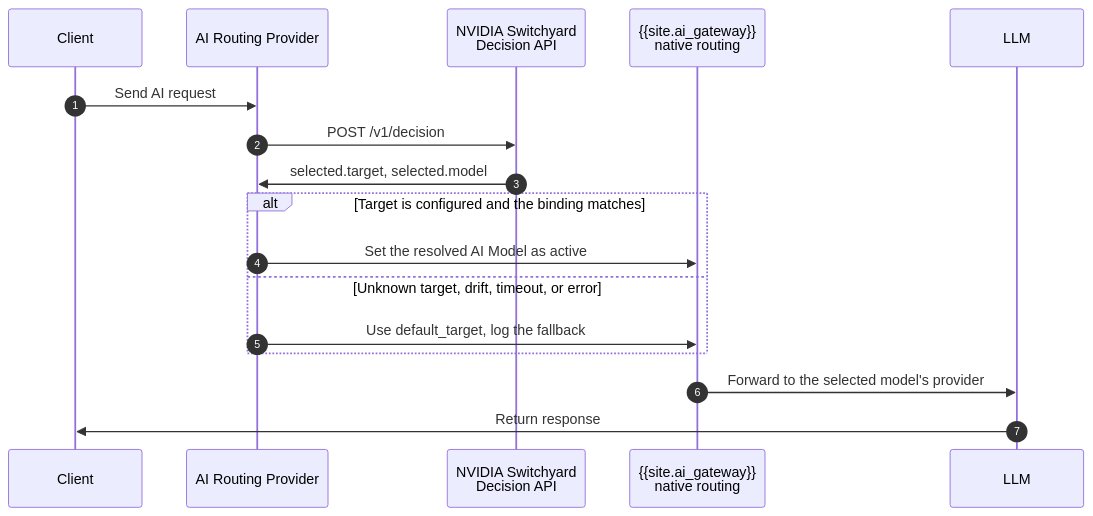
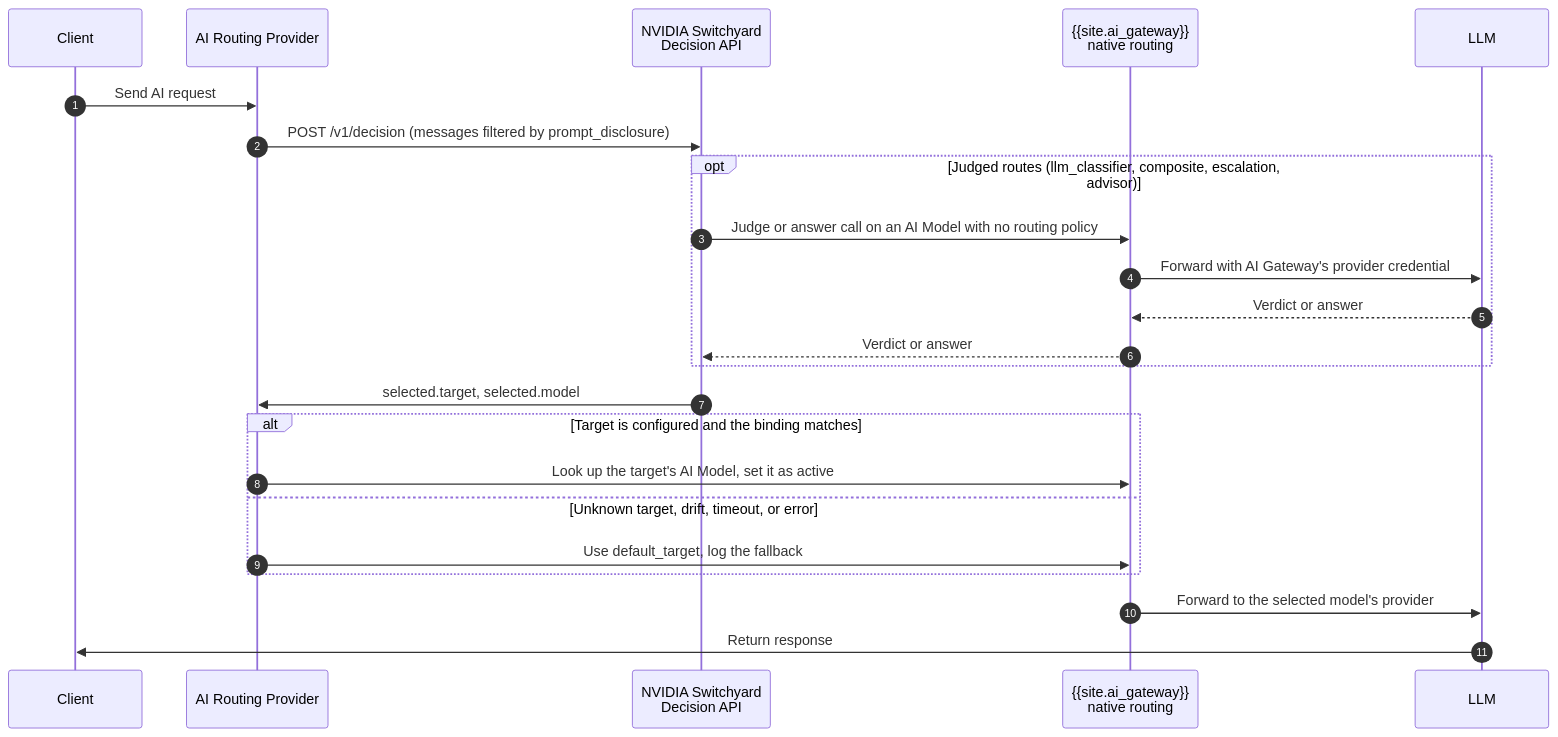
Before and after one commit to Kong/developer.konghq.com: the diagram in app/_ai_gateway_policies/ai-routing-provider/index.md, drawn with Mermaid. The commit also changed other lines of this file, not shown here.

```diff
--- a/app/_ai_gateway_policies/ai-routing-provider/index.md
+++ b/app/_ai_gateway_policies/ai-routing-provider/index.md
@@ -78,22 +75,30 @@
 {% mermaid %}
 sequenceDiagram
     autonumber
     participant Client
-    participant Policy as AI Routing Provider
+    participant policy as AI Routing Provider
     participant Switchyard as NVIDIA Switchyard<br/>Decision API
     participant AIGW as {{site.ai_gateway}}<br/>native routing
     participant LLM
 
-    Client->>Policy: Send AI request
-    Policy->>Switchyard: POST /v1/decision
-    Switchyard->>Policy: selected.target, selected.model
+    Client->>policy: Send AI request
+    policy->>Switchyard: POST /v1/decision (messages filtered by prompt_disclosure)
+
+    opt Judged routes (llm_classifier, composite, escalation, advisor)
+        Switchyard->>AIGW: Judge or answer call on an AI Model with no routing policy
+        AIGW->>LLM: Forward with AI Gateway's provider credential
+        LLM-->>AIGW: Verdict or answer
+        AIGW-->>Switchyard: Verdict or answer
+    end
+
+    Switchyard->>policy: selected.target, selected.model
 
     alt Target is configured and the binding matches
-        Policy->>AIGW: Set the resolved AI Model as active
+        policy->>AIGW: Look up the target's AI Model, set it as active
     else Unknown target, drift, timeout, or error
-        Policy->>AIGW: Use default_target, log the fallback
+        policy->>AIGW: Use default_target, log the fallback
     end
 
     AIGW->>LLM: Forward to the selected model's provider
     LLM->>Client: Return response
 {% endmermaid %}
```
